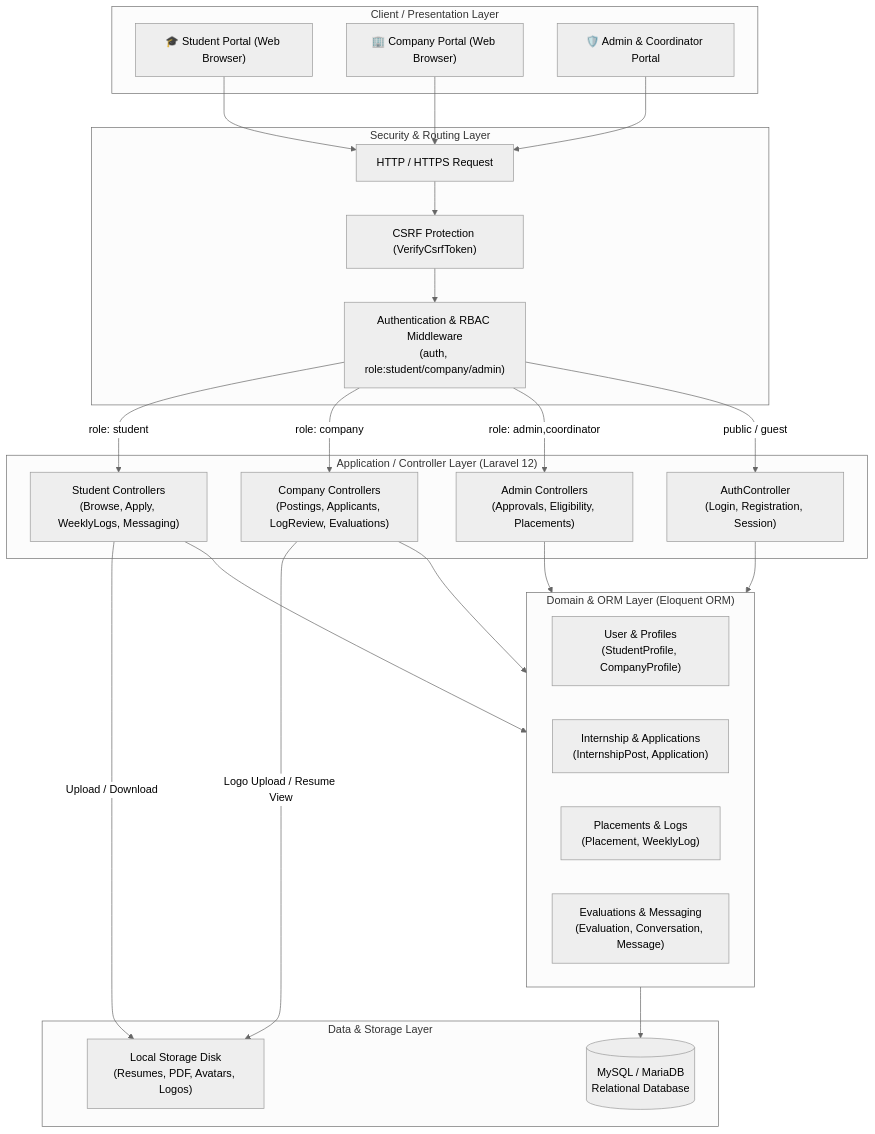
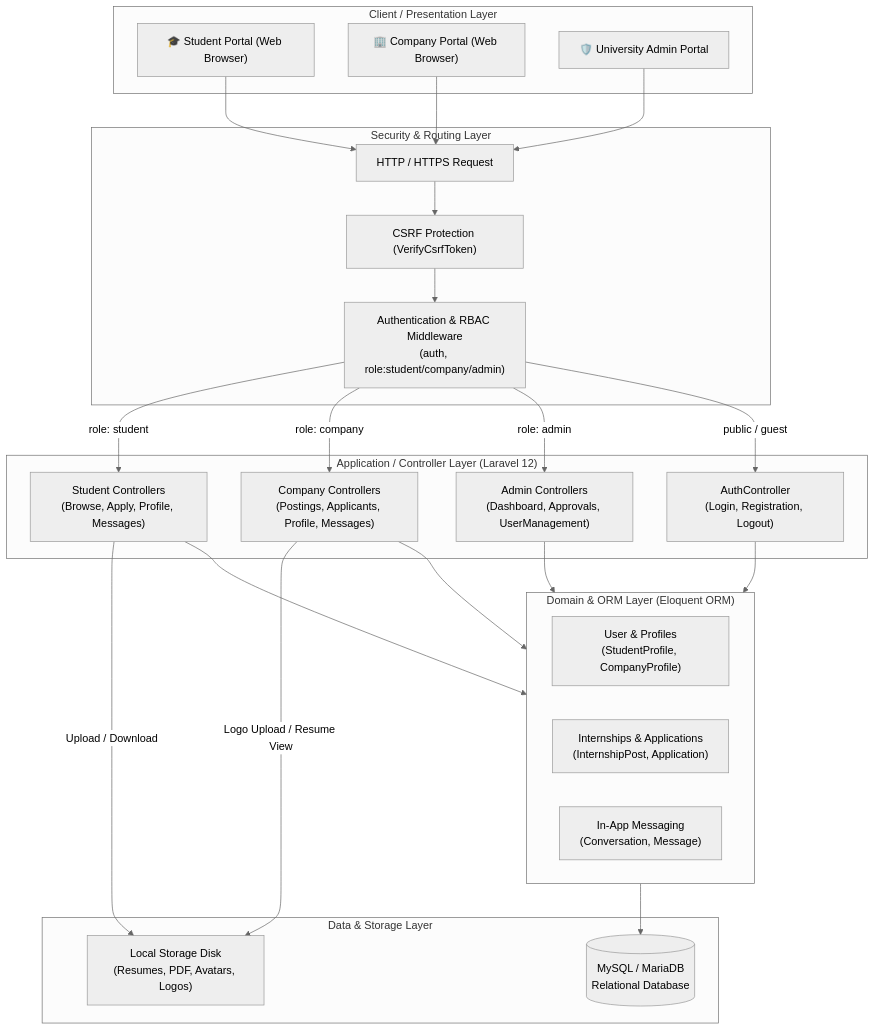
Before and after one commit to thonpheara/InternshipMS: the first of 2 diagrams in README.md, drawn with Mermaid (neutral theme). The commit also changed other lines of this file and 51 other files, not shown here.

````diff
--- a/README.md
+++ b/README.md
@@ -52,54 +56,53 @@
 ```mermaid
 flowchart TD
     subgraph ClientLayer ["Client / Presentation Layer"]
         A1["🎓 Student Portal (Web Browser)"]
         A2["🏢 Company Portal (Web Browser)"]
-        A3["🛡️ Admin & Coordinator Portal"]
+        A3["🛡️ University Admin Portal"]
     end
 
     subgraph SecurityLayer ["Security & Routing Layer"]
         B1["HTTP / HTTPS Request"]
         B2["CSRF Protection (VerifyCsrfToken)"]
         B3["Authentication & RBAC Middleware<br/>(auth, role:student/company/admin)"]
     end
 
     subgraph ControllerLayer ["Application / Controller Layer (Laravel 12)"]
-        C1["Student Controllers<br/>(Browse, Apply, WeeklyLogs, Messaging)"]
-        C2["Company Controllers<br/>(Postings, Applicants, LogReview, Evaluations)"]
-        C3["Admin Controllers<br/>(Approvals, Eligibility, Placements)"]
-        C4["AuthController<br/>(Login, Registration, Session)"]
+        C1["Student Controllers<br/>(Browse, Apply, Profile, Messages)"]
+        C2["Company Controllers<br/>(Postings, Applicants, Profile, Messages)"]
+        C3["Admin Controllers<br/>(Dashboard, Approvals, UserManagement)"]
+        C4["AuthController<br/>(Login, Registration, Logout)"]
     end
 
     subgraph DomainLayer ["Domain & ORM Layer (Eloquent ORM)"]
         D1["User & Profiles<br/>(StudentProfile, CompanyProfile)"]
-        D2["Internship & Applications<br/>(InternshipPost, Application)"]
-        D3["Placements & Logs<br/>(Placement, WeeklyLog)"]
-        D4["Evaluations & Messaging<br/>(Evaluation, Conversation, Message)"]
+        D2["Internships & Applications<br/>(InternshipPost, Application)"]
+        D3["In-App Messaging<br/>(Conversation, Message)"]
     end
 
     subgraph DataLayer ["Data & Storage Layer"]
         E1[("MySQL / MariaDB<br/>Relational Database")]
         E2["Local Storage Disk<br/>(Resumes, PDF, Avatars, Logos)"]
     end
 
     A1 --> B1
     A2 --> B1
     A3 --> B1
 
     B1 --> B2
     B2 --> B3
 
     B3 -->|role: student| C1
     B3 -->|role: company| C2
-    B3 -->|role: admin,coordinator| C3
+    B3 -->|role: admin| C3
     B3 -->|public / guest| C4
 
     C1 --> DomainLayer
     C2 --> DomainLayer
     C3 --> DomainLayer
     C4 --> DomainLayer
 
     DomainLayer --> E1
     C1 -->|Upload / Download| E2
     C2 -->|Logo Upload / Resume View| E2
 ```
````
